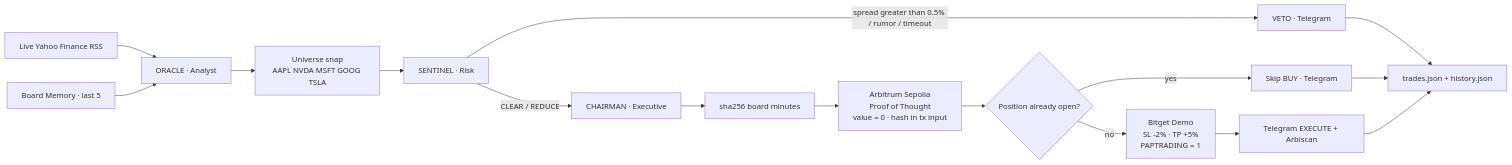
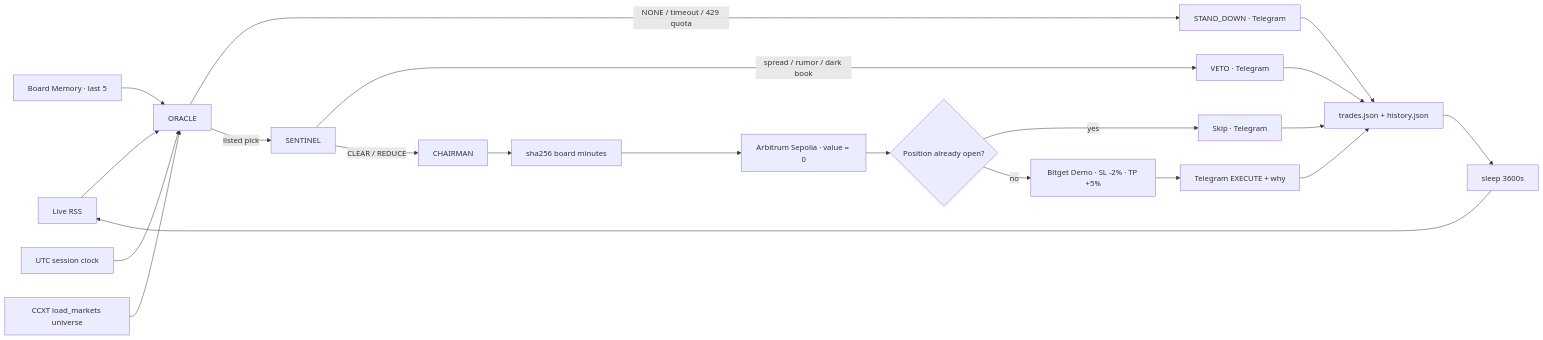
The diagram in README.md (jubayir-hub-69/Chronos-Nexus), drawn with Mermaid before and after one commit. The commit also changed other lines of this file and 10 other files, not shown here.

````diff
--- a/README.md
+++ b/README.md
@@ -273,18 +218,23 @@
 ```mermaid
 flowchart LR
-    R[Live Yahoo Finance RSS] --> O[ORACLE · Analyst]
+    R[Live RSS] --> O[ORACLE]
     M[Board Memory · last 5] --> O
-    O --> U[Universe snap<br/>AAPL NVDA MSFT GOOG TSLA]
-    U --> S[SENTINEL · Risk]
-    S -->|spread greater than 0.5% / rumor / timeout| V[VETO · Telegram]
-    S -->|CLEAR / REDUCE| C[CHAIRMAN · Executive]
+    Ck[UTC session clock] --> O
+    U[CCXT load_markets universe] --> O
+    O -->|NONE / timeout / 429 quota| SD[STAND_DOWN · Telegram]
+    O -->|listed pick| S[SENTINEL]
+    S -->|spread / rumor / dark book| V[VETO · Telegram]
+    S -->|CLEAR / REDUCE| C[CHAIRMAN]
     C --> H[sha256 board minutes]
-    H --> A[Arbitrum Sepolia<br/>Proof of Thought<br/>value = 0 · hash in tx input]
+    H --> A[Arbitrum Sepolia · value = 0]
     A --> P{Position already open?}
-    P -->|yes| K[Skip BUY · Telegram]
-    P -->|no| B[Bitget Demo<br/>SL -2% · TP +5%<br/>PAPTRADING = 1]
-    B --> T[Telegram EXECUTE + Arbiscan]
-    V --> L[trades.json + history.json]
+    P -->|yes| K[Skip · Telegram]
+    P -->|no| B[Bitget Demo · SL -2% · TP +5%]
+    B --> T[Telegram EXECUTE + why]
+    SD --> L[trades.json + history.json]
+    V --> L
     K --> L
     T --> L
+    L --> Z[sleep 3600s]
+    Z --> R
 ```
````
